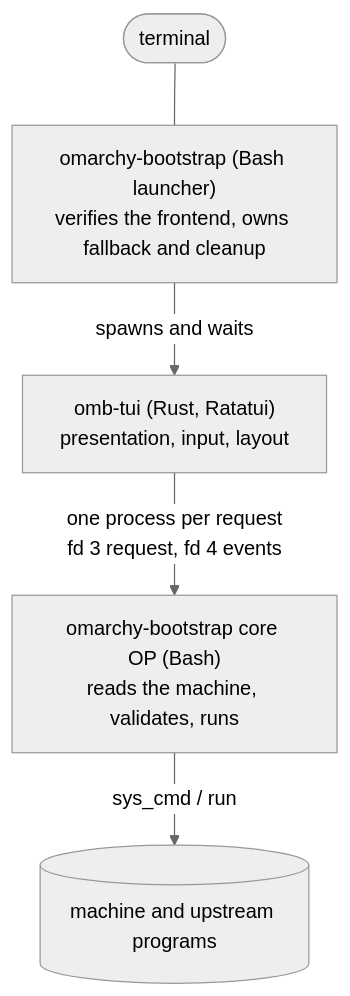
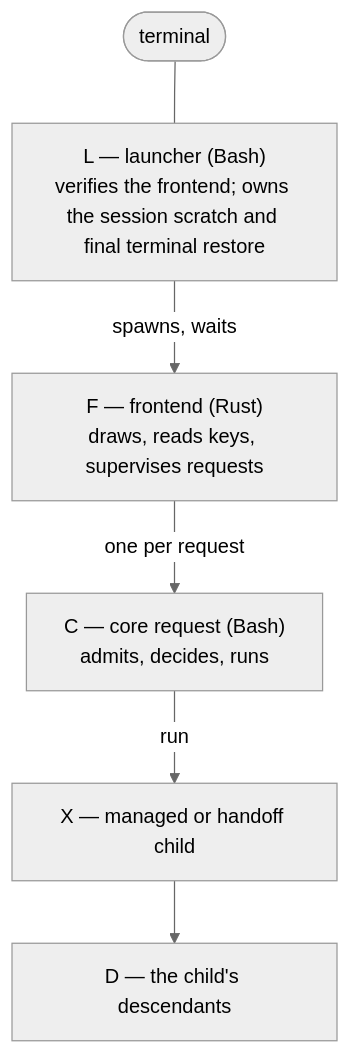
The diagram in docs/PROTOCOL.md (scalinity/omarchy-mac-bootstrap), drawn with Mermaid (neutral theme) before and after one commit. The commit also changed other lines of this file and 1 other file, not shown here.

First line of the commit message:
docs: harden frontend protocol and release contract

````diff
--- a/docs/PROTOCOL.md
+++ b/docs/PROTOCOL.md
@@ -84,7 +155,8 @@
 ```mermaid
 flowchart TD
     T([terminal]) --- L
-    L["omarchy-bootstrap (Bash launcher)<br/>verifies the frontend, owns fallback and cleanup"] -->|spawns and waits| F
-    F["omb-tui (Rust, Ratatui)<br/>presentation, input, layout"] -->|one process per request<br/>fd 3 request, fd 4 events| C
-    C["omarchy-bootstrap core OP (Bash)<br/>reads the machine, validates, runs"] -->|sys_cmd / run| M[(machine and upstream programs)]
+    L["L — launcher (Bash)<br/>verifies the frontend; owns the session scratch and final terminal restore"] -->|spawns, waits| F
+    F["F — frontend (Rust)<br/>draws, reads keys, supervises requests"] -->|one per request| C
+    C["C — core request (Bash)<br/>admits, decides, runs"] -->|run| X[X — managed or handoff child]
+    X --> D[D — the child's descendants]
 ```
````
